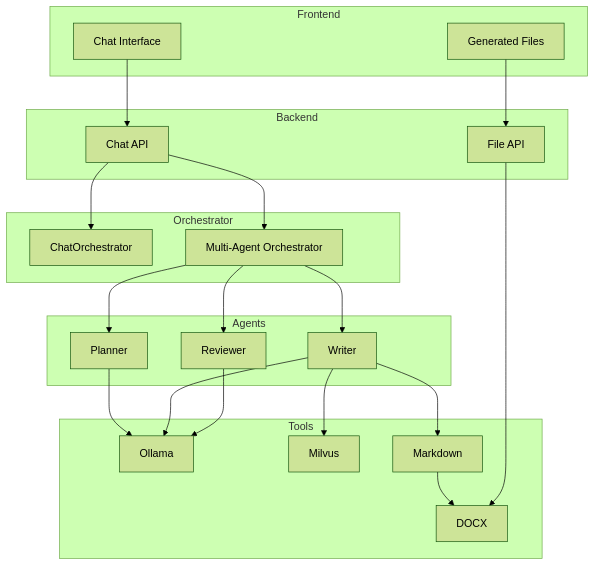
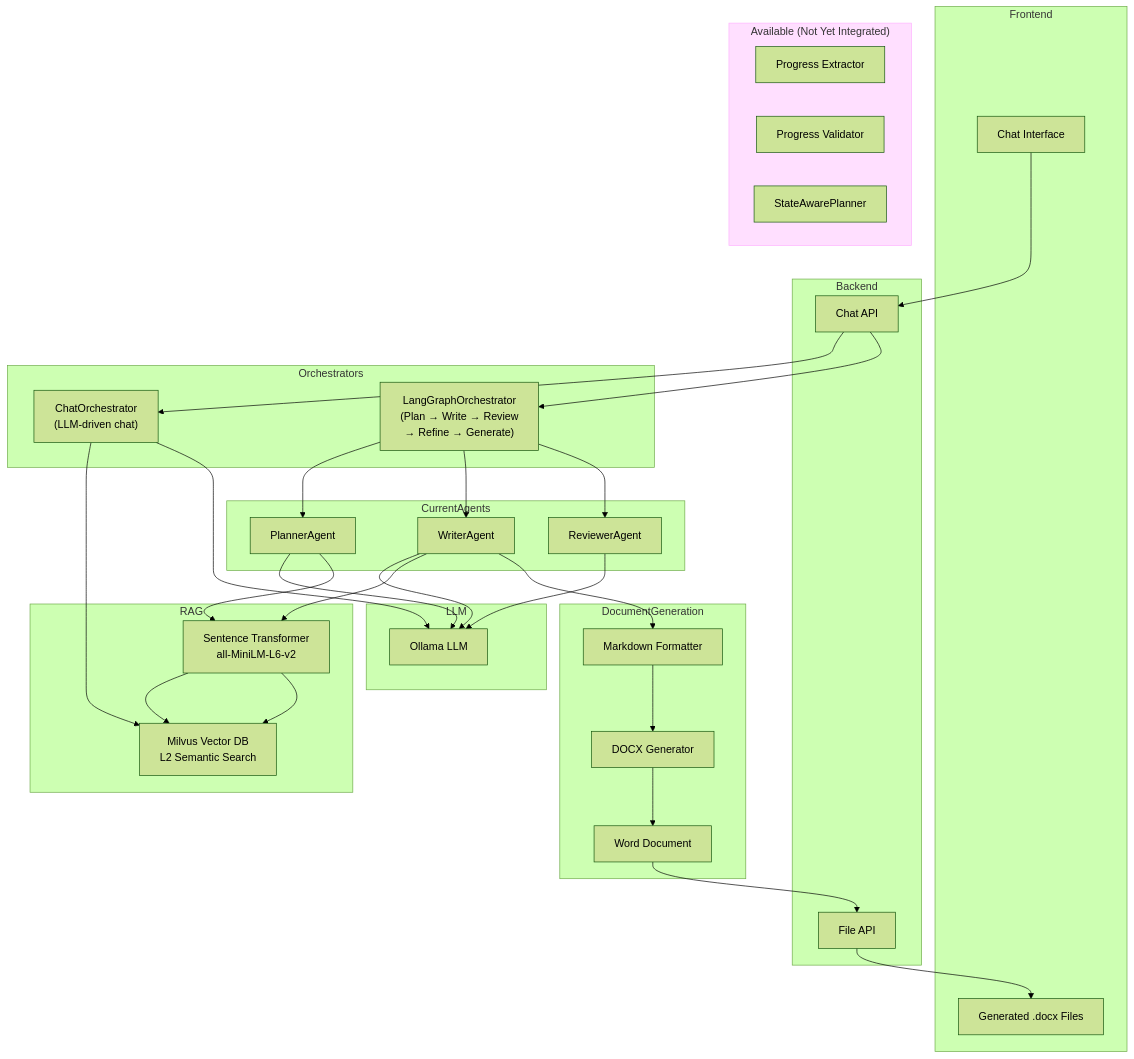
Before and after one commit to mohammed1916/RAGmultiAgentRevisableDocGenerator: the diagram in docs/diagrams/ARCHITECTURE.mermaid, drawn with Mermaid (forest theme).

Commit message:
Update architecture diagram to reflect actual integration status
- Accurate representation of currently integrated components:
  ChatOrchestrator, LangGraphOrchestrator, Planner/Writer/Reviewer agents
- Real RAG pipeline with sentence-transformers and Milvus
- Separated section for available but not-yet-integrated components:
  ProgressExtractor, ProgressValidator, StateAwarePlanner
- Better organization and clarity of actual data flow

```diff
--- a/docs/diagrams/ARCHITECTURE.mermaid
+++ b/docs/diagrams/ARCHITECTURE.mermaid
@@ -1,47 +1,73 @@
 graph TB
 
 subgraph Frontend
     UI["Chat Interface"]
-    Files["Generated Files"]
+    Files["Generated .docx Files"]
 end
 
 subgraph Backend
     ChatAPI["Chat API"]
     FileAPI["File API"]
 end
 
-subgraph Orchestrator
-    ChatOrch["ChatOrchestrator"]
-    MultiOrch["Multi-Agent Orchestrator"]
+subgraph Orchestrators
+    ChatOrch["ChatOrchestrator<br/>(LLM-driven chat)"]
+    LangGraphOrch["LangGraphOrchestrator<br/>(Plan → Write → Review<br/>→ Refine → Generate)"]
 end
 
-subgraph Agents
-    Planner
-    Writer
-    Reviewer
+subgraph CurrentAgents
+    Planner["PlannerAgent"]
+    Writer["WriterAgent"]
+    Reviewer["ReviewerAgent"]
 end
 
-subgraph Tools
-    Ollama
-    Milvus
-    Markdown
-    DOCX
+subgraph RAG
+    Embed["Sentence Transformer<br/>all-MiniLM-L6-v2"]
+    Milvus["Milvus Vector DB<br/>L2 Semantic Search"]
+end
+
+subgraph LLM
+    Ollama["Ollama LLM"]
+end
+
+subgraph DocumentGeneration
+    Markdown["Markdown Formatter"]
+    DOCX["DOCX Generator"]
+    Word["Word Document"]
+end
+
+subgraph AvailableComponents["Available (Not Yet Integrated)"]
+    Extractor["Progress Extractor"]
+    Validator["Progress Validator"]
+    StateAwarePlanner["StateAwarePlanner"]
 end
 
 UI --> ChatAPI
 ChatAPI --> ChatOrch
-ChatAPI --> MultiOrch
+ChatAPI --> LangGraphOrch
 
-MultiOrch --> Planner
-MultiOrch --> Writer
-MultiOrch --> Reviewer
+ChatOrch --> Milvus
+ChatOrch --> Ollama
+
+LangGraphOrch --> Planner
+LangGraphOrch --> Writer
+LangGraphOrch --> Reviewer
 
 Planner --> Ollama
+Planner --> Embed
+Embed --> Milvus
+
 Writer --> Ollama
+Writer --> Embed
+Embed --> Milvus
+
 Reviewer --> Ollama
 
-Writer --> Milvus
 Writer --> Markdown
 Markdown --> DOCX
-Files --> FileAPI
-FileAPI --> DOCX
+DOCX --> Word
+
+Word --> FileAPI
+FileAPI --> Files
+
+style AvailableComponents fill:#f9f,stroke:#f0f,opacity:0.3
```
